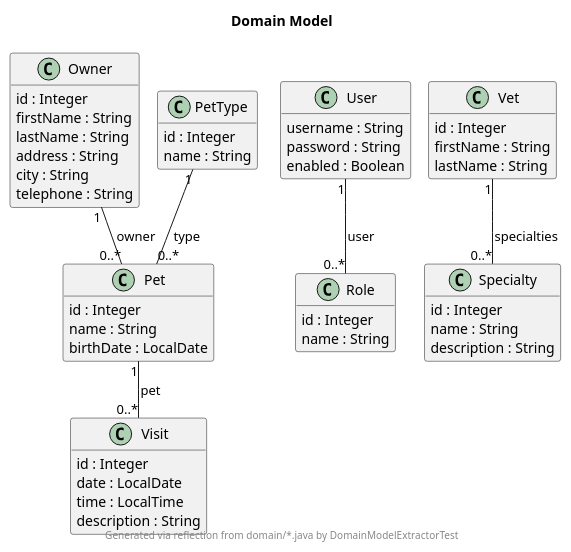
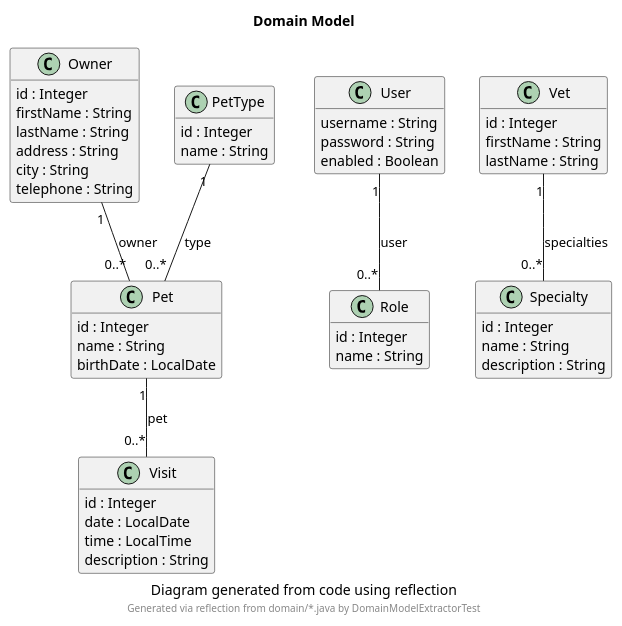
The diagram in petclinic-backend/docs/generated/DomainModel.puml (victorrentea/petclinic), drawn with PlantUML before and after one commit. The commit also changed 4 other files, not shown here.

First line of the commit message:
docs(diagrams): caption DB and Domain Model with how each is kept honest

```diff
--- a/petclinic-backend/docs/generated/DomainModel.puml
+++ b/petclinic-backend/docs/generated/DomainModel.puml
@@ -1,59 +1,59 @@
 @startuml
-!pragma layout smetana
 
 title Domain Model
+caption Diagram generated from code using reflection
 footer Generated via reflection from domain/*.java by DomainModelExtractorTest
 
 hide empty members
 skinparam classAttributeIconSize 0
 
 class Owner {
   id : Integer
   firstName : String
   lastName : String
   address : String
   city : String
   telephone : String
 }
 class Pet {
   id : Integer
   name : String
   birthDate : LocalDate
 }
 class PetType {
   id : Integer
   name : String
 }
 class Role {
   id : Integer
   name : String
 }
 class Specialty {
   id : Integer
   name : String
   description : String
 }
 class User {
   username : String
   password : String
   enabled : Boolean
 }
 class Vet {
   id : Integer
   firstName : String
   lastName : String
 }
 class Visit {
   id : Integer
   date : LocalDate
   time : LocalTime
   description : String
 }
 
 Owner "1" -- "0..*" Pet : owner
 Pet "1" -- "0..*" Visit : pet
 PetType "1" -- "0..*" Pet : type
 User "1" -- "0..*" Role : user
 Vet "1" -- "0..*" Specialty : specialties
 
 @enduml
```
